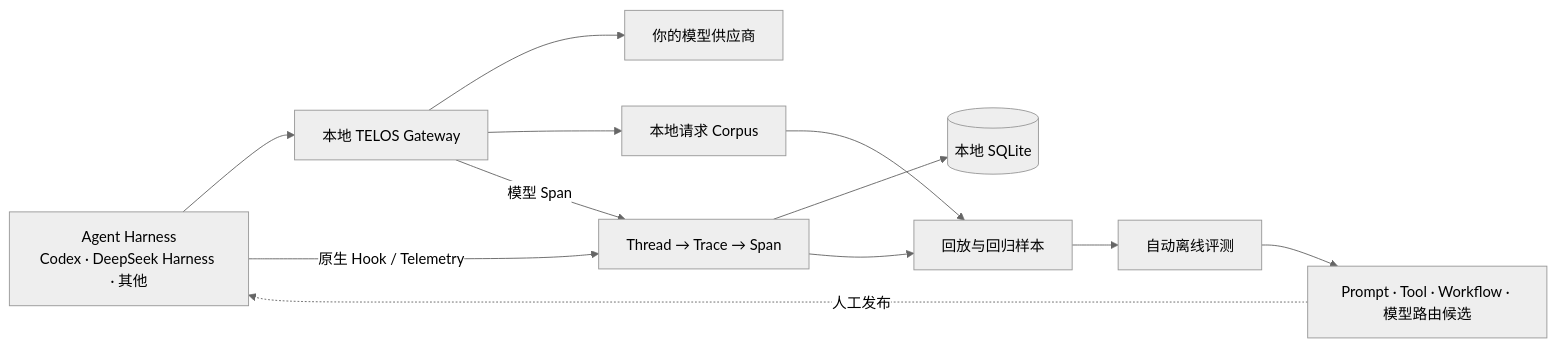
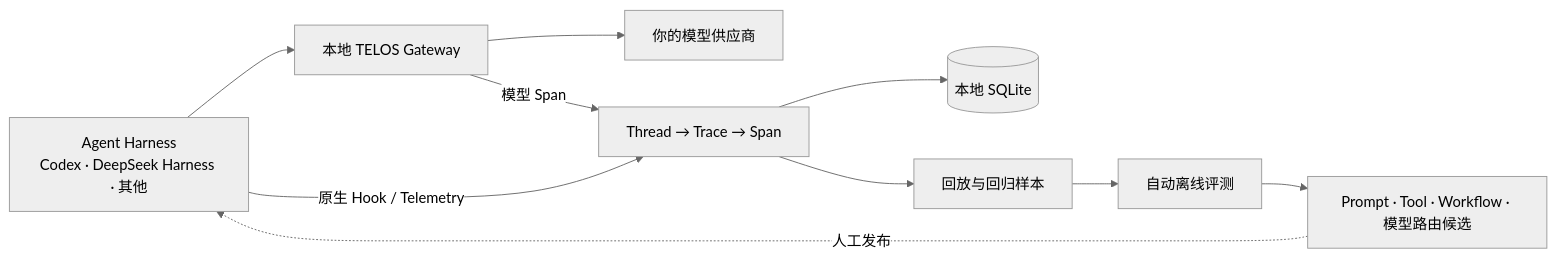
Before and after one commit to eryflow/telos-sdk: the diagram in README.zh-CN.md, drawn with Mermaid (neutral theme). The commit also changed other lines of this file and 19 other files, not shown here.

````diff
--- a/README.zh-CN.md
+++ b/README.zh-CN.md
@@ -43,14 +43,12 @@
 ```mermaid
 flowchart LR
     H["Agent Harness<br/>Codex · DeepSeek Harness · 其他"] --> G["本地 TELOS Gateway"]
     G --> M["你的模型供应商"]
-    G --> C["本地请求 Corpus"]
     H -->|"原生 Hook / Telemetry"| T["Thread → Trace → Span"]
     G -->|"模型 Span"| T
     T --> D[("本地 SQLite")]
-    C --> R["回放与回归样本"]
-    T --> R
+    T --> R["回放与回归样本"]
     R --> E["自动离线评测"]
     E --> O["Prompt · Tool · Workflow · 模型路由候选"]
     O -. "人工发布" .-> H
 ```
````
